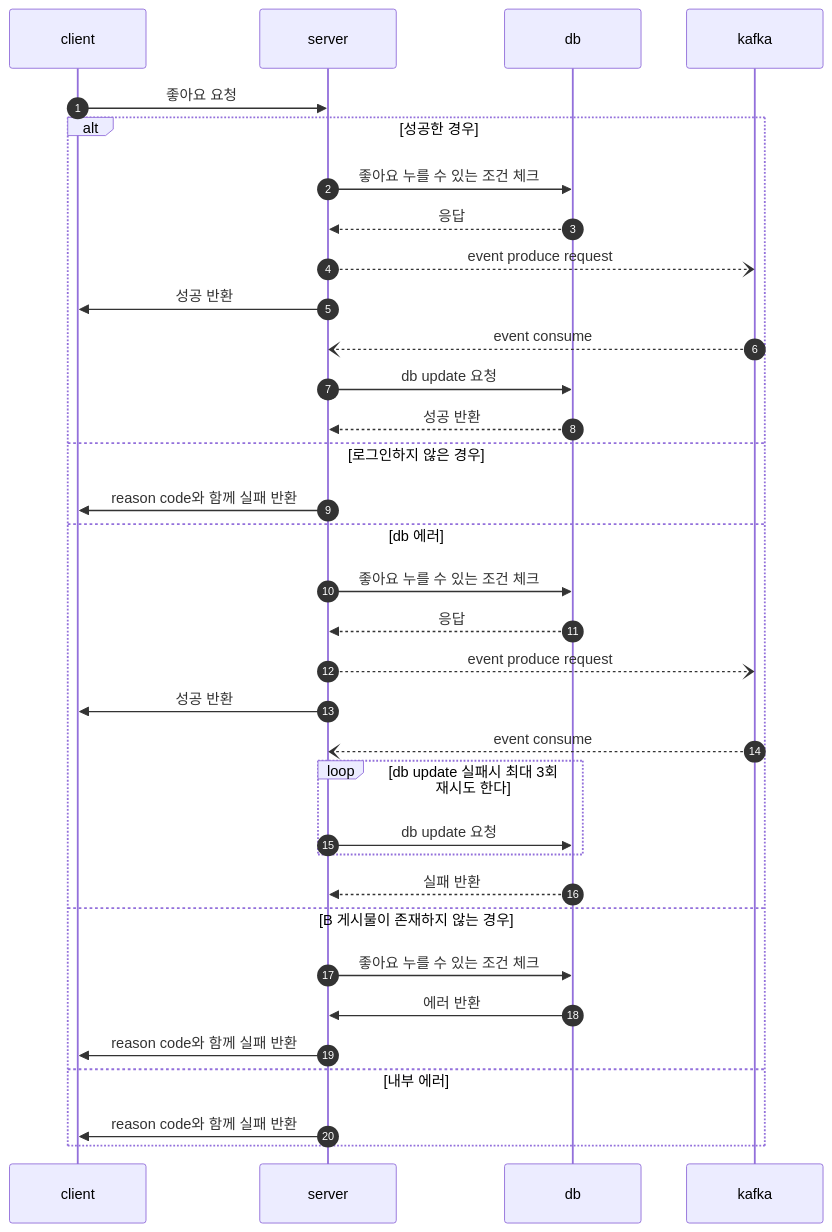
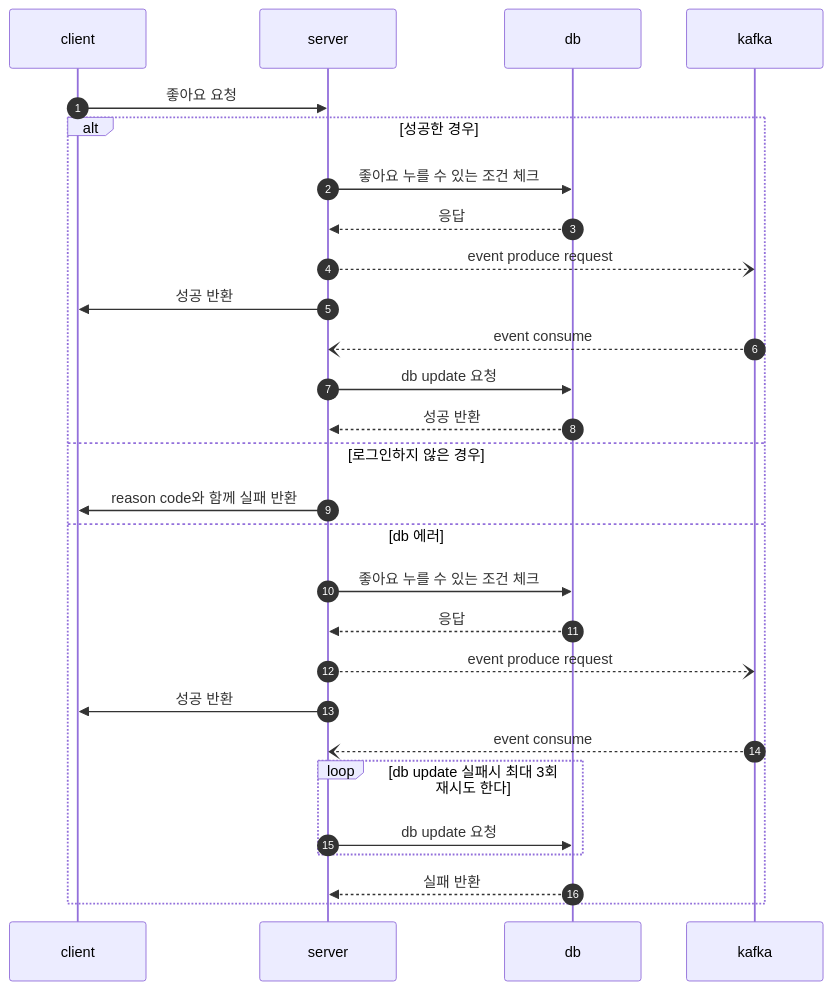
The diagram in README.md (MyoungSoo7/sns-portfolio), drawn with Mermaid before and after one commit. The commit also changed other lines of this file, not shown here.

````diff
--- a/README.md
+++ b/README.md
@@ -319,32 +140,26 @@
 ```mermaid
   sequenceDiagram
     autonumber
     client ->> server: 좋아요 요청
     alt 성공한 경우
     server ->> db : 좋아요 누를 수 있는 조건 체크
     db -->> server : 응답
     server --) kafka : event produce request
     server->>client: 성공 반환
     kafka --) server : event consume
     server ->> db : db update 요청
     db -->> server : 성공 반환
     else 로그인하지 않은 경우
     server->>client: reason code와 함께 실패 반환
     else db 에러
     server ->> db : 좋아요 누를 수 있는 조건 체크
     db -->> server : 응답
     server --) kafka : event produce request
     server->>client: 성공 반환
     kafka --) server : event consume
     loop db update 실패시 최대 3회 재시도 한다
         server ->> db : db update 요청
     end
     db -->> server : 실패 반환
-    else B 게시물이 존재하지 않는 경우
-    server ->> db : 좋아요 누를 수 있는 조건 체크
-    db ->> server : 에러 반환
-    server->>client: reason code와 함께 실패 반환
-    else 내부 에러
-    server->>client: reason code와 함께 실패 반환
     end
 ```
````
